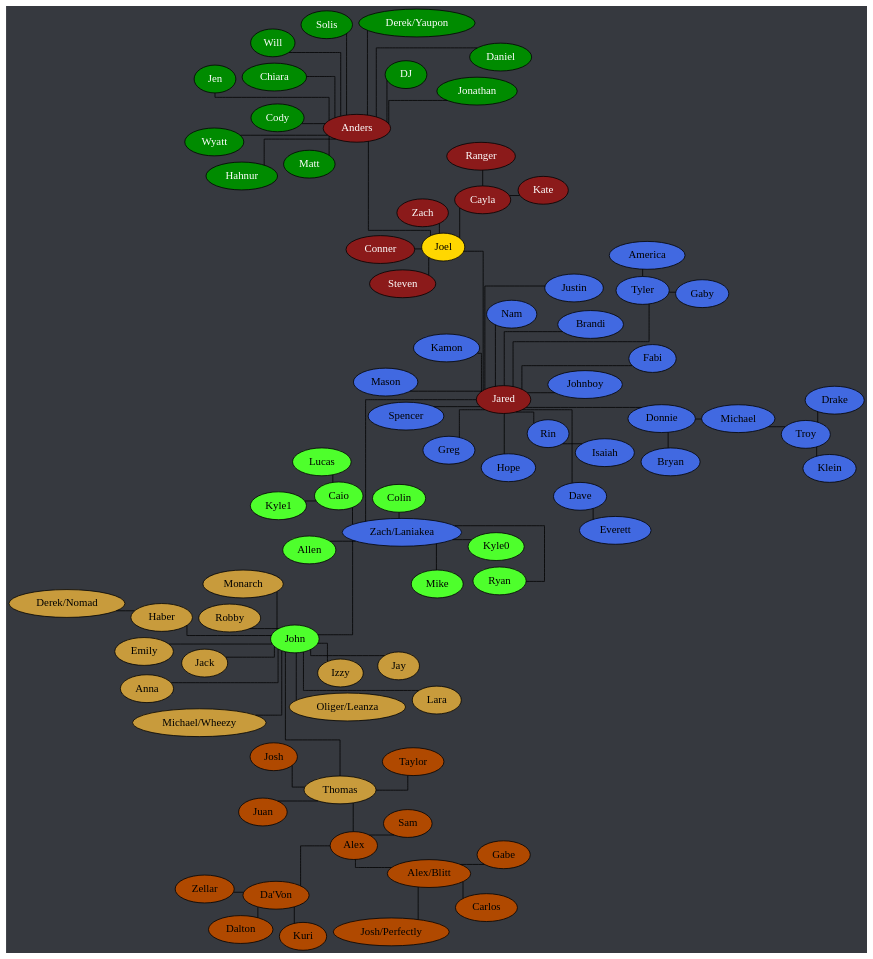
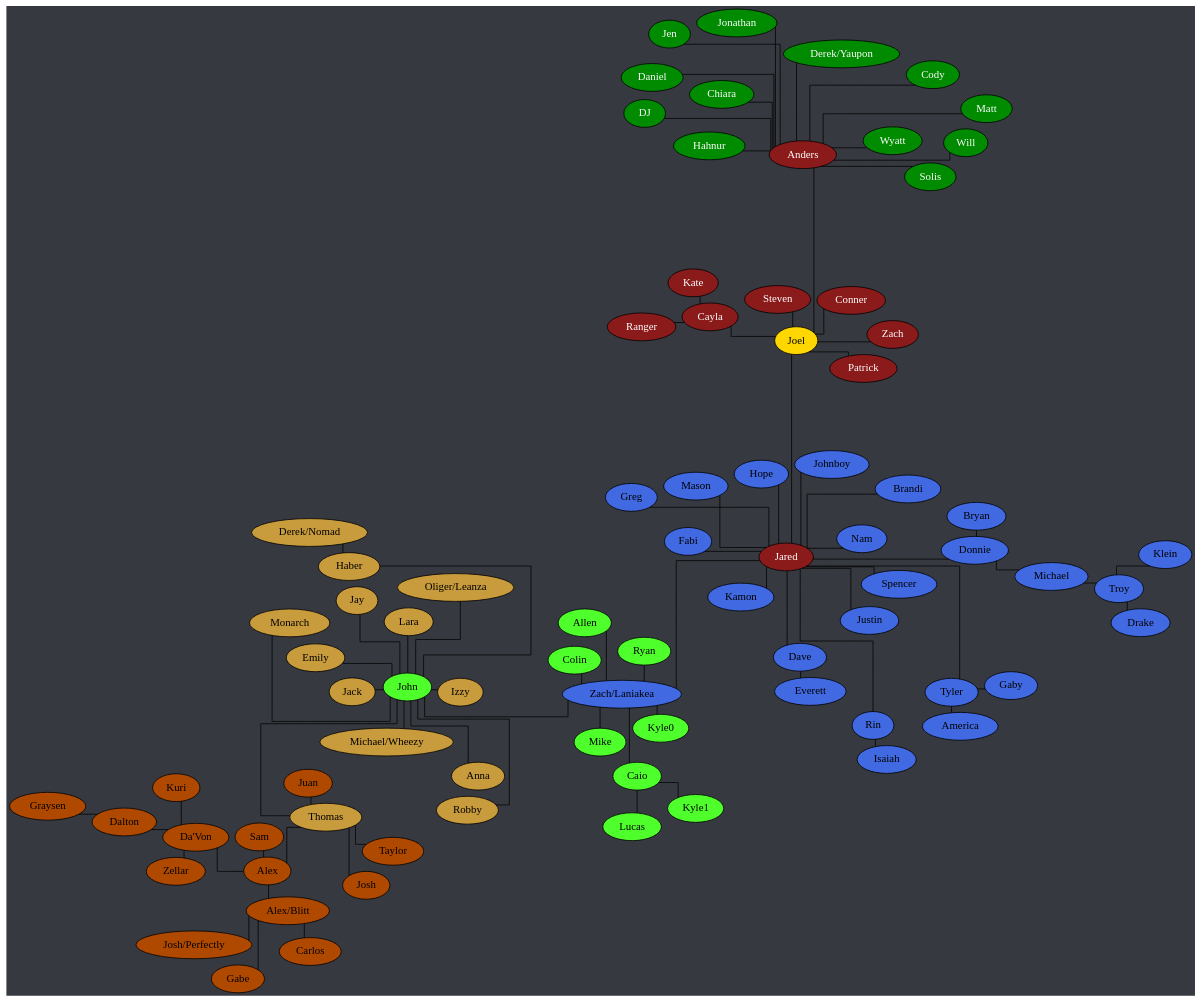
One commit to Documidas/CoronaCatzFamilyTree changed the diagram in tree.dot. Above: the diagram before and after it, drawn with Graphviz. The commit also changed 1 other file, not shown here.

Commit message:
Add Patrick, Graysen

```diff
--- a/tree.dot
+++ b/tree.dot
@@ -1,128 +1,130 @@
 strict graph {
 	// Layout Configuration
 	layout = neato;
 	epsilon = 0.01;
 	mode = KK;
 	model = subset;
 	overlap = false;
 	splines = ortho;
 
 	// Visual Configuration
 	graph [truecolor=true bgcolor="#36393f"]
 	node [style=filled fillcolor="gray" fontcolor="black"]
 
 	subgraph "Joel" {
 		node [style=filled fillcolor="firebrick4" fontcolor="white"];
 		Joel [style=filled fillcolor="gold" fontcolor="black"];
 
 		Anders -- Joel;
 		Cayla -- Joel
 		Cayla -- Kate;
 		Cayla -- Ranger;
 		Joel -- Conner;
 		Joel -- Jared;
+		Joel -- Patrick;
 		Joel -- Steven;
 		Joel -- Zach;
 	}
 
 	subgraph "Anders" {
 		node [style=filled fillcolor="green4" fontcolor="white"];
 
 		Anders -- Chiara
 		Anders -- Cody;
 		Anders -- Daniel;
 		Anders -- "Derek/Yaupon";
 		Anders -- DJ;
 		Anders -- Hahnur;
 		Anders -- Jen;
 		Anders -- Jonathan;
 		Anders -- Matt;
 		Anders -- Solis;
 		Anders -- Will;
 		Anders -- Wyatt;
 	}
 
 	subgraph "Jared" {
 		node [style=filled fillcolor="royalblue" fontcolor="black"]
 
 		Dave -- Everett;
 		Donnie -- Bryan;
 		Donnie -- Michael;
 		Jared -- Brandi;
 		Jared -- Dave;
 		Jared -- Donnie;
 		Jared -- Fabi;
 		Jared -- Greg;
 		Jared -- Hope;
 		Jared -- Johnboy;
 		Jared -- Justin;
 		Jared -- Kamon;
 		Jared -- Mason;
 		Jared -- Nam;
 		Jared -- Rin;
 		Jared -- Spencer;
 		Jared -- Tyler;
 		Jared -- "Zach/Laniakea";
 		Michael -- Troy;
 		Rin -- Isaiah;
 		Tyler -- America;
 		Tyler -- Gaby;
 		Troy -- Drake;
 		Troy -- Klein;
 	}
 
 	subgraph "Zach/Laniakea" {
 		node [style=filled fillcolor="#4eff2c" fontcolor="black"]
 
 		Caio -- Kyle1;
 		Caio -- Lucas;
 		"Zach/Laniakea" -- Allen;
 		"Zach/Laniakea" -- Caio;
 		"Zach/Laniakea" -- Colin;
 		"Zach/Laniakea" -- John [ len = 10 ];
 		"Zach/Laniakea" -- Kyle0;
 		"Zach/Laniakea" -- Mike;
 		"Zach/Laniakea" -- Ryan;
 	}
 
 	subgraph "John" {
 		node [style=filled fillcolor="#c89b3c" fontcolor="black"]
 
 		Haber -- "Derek/Nomad";
 		John -- Anna;
 		John -- Emily;
 		John -- Haber;
 		John -- Jay;
 		John -- Jack;
 		John -- Lara;
 		John -- Monarch;
 		John -- "Oliger/Leanza";
 		John -- Thomas;
 	}
 
 	subgraph "John-stream" {
 		// node [style=filled fillcolor="#9147ff" fontcolor="black"]
 		node [style=filled fillcolor="#c89b3c" fontcolor="black"]
 
 		John -- Izzy;
 		John -- "Michael/Wheezy";
 		John -- Robby;
 	}
 
 	subgraph "Thomas" {
 		node [style=filled fillcolor="#b04900" fontcolor="black"]
 		Alex -- "Da'Von";
 		Alex -- "Alex/Blitt";
 		Alex -- Sam;
 		"Alex/Blitt" -- Carlos;
 		"Alex/Blitt" -- Gabe;
 		"Alex/Blitt" -- "Josh/Perfectly";
+		Dalton -- Graysen;
 		"Da'Von" -- Dalton;
 		"Da'Von" -- Kuri;
 		"Da'Von" -- Zellar;
 		Thomas -- Alex;
 		Thomas -- Josh;
 		Thomas -- Juan;
 		Thomas -- Taylor;
 	}
 }
```
